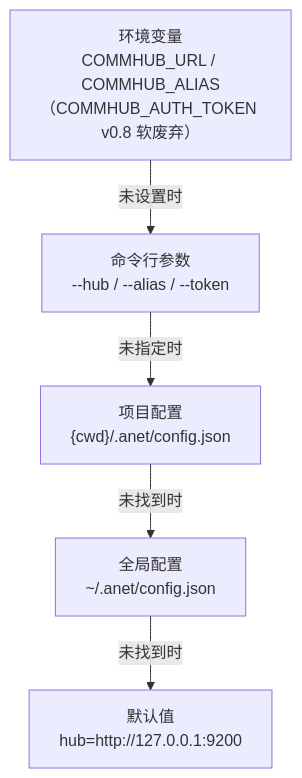
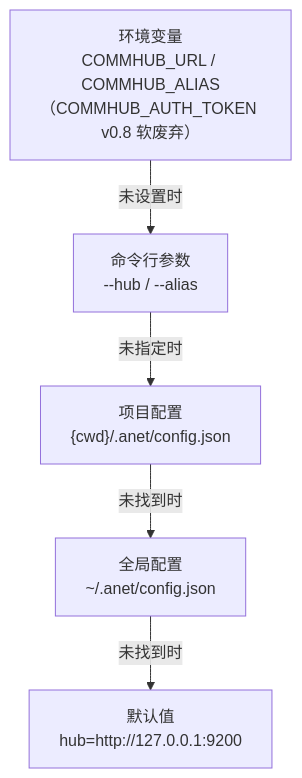
Before and after one commit to sleep2agi/agent-network: the seventh of 7 diagrams in docs-site/docs/guide/architecture.md, drawn with Mermaid. The commit also changed 3 other files, not shown here.

````diff
--- a/docs-site/docs/guide/architecture.md
+++ b/docs-site/docs/guide/architecture.md
@@ -352,13 +352,13 @@
 ```mermaid
 flowchart TD
     A["环境变量\nCOMMHUB_URL / COMMHUB_ALIAS（COMMHUB_AUTH_TOKEN v0.8 软废弃）"]
-    B["命令行参数\n--hub / --alias / --token"]
+    B["命令行参数\n--hub / --alias"]
     C["项目配置\n{cwd}/.anet/config.json"]
     D["全局配置\n~/.anet/config.json"]
     E["默认值\nhub=http://127.0.0.1:9200"]
 
     A -->|未设置时| B
     B -->|未指定时| C
     C -->|未找到时| D
     D -->|未找到时| E
 ```
````
